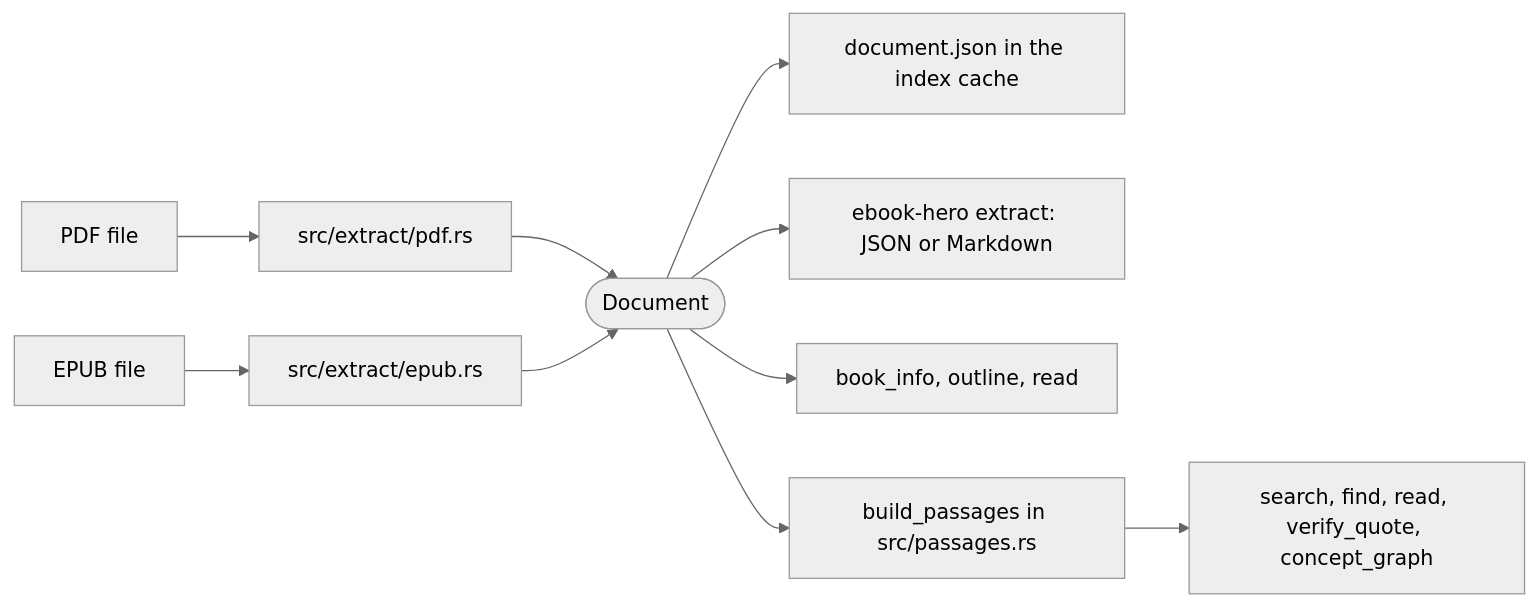
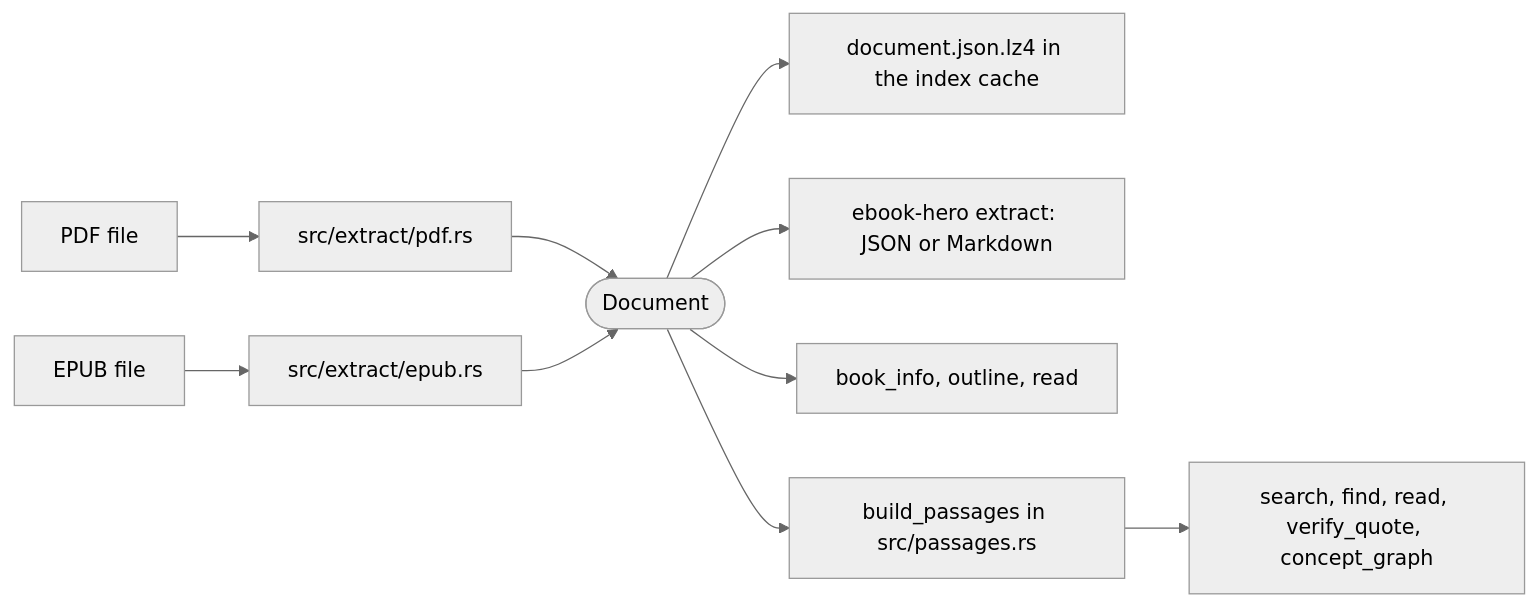
One commit to AhmedKishki/ebook-hero changed the first of 2 diagrams in docs/document-model.md. Above: the diagram before and after it, drawn with Mermaid (neutral theme). The commit also changed other lines of this file and 12 other files, not shown here.

First line of the commit message:
Compress the index's JSON files in checksummed LZ4 frames

````diff
--- a/docs/document-model.md
+++ b/docs/document-model.md
@@ -9,12 +9,12 @@
 ```mermaid
 flowchart LR
     pdf["PDF file"] --> pdfr["src/extract/pdf.rs"]
     epub["EPUB file"] --> epubr["src/extract/epub.rs"]
     pdfr --> doc(["Document"])
     epubr --> doc
-    doc --> cache["document.json in the index cache"]
+    doc --> cache["document.json.lz4 in the index cache"]
     doc --> extract["ebook-hero extract: JSON or Markdown"]
     doc --> direct["book_info, outline, read"]
     doc --> passages["build_passages in src/passages.rs"]
     passages --> tools["search, find, read, verify_quote, concept_graph"]
 ```
````
